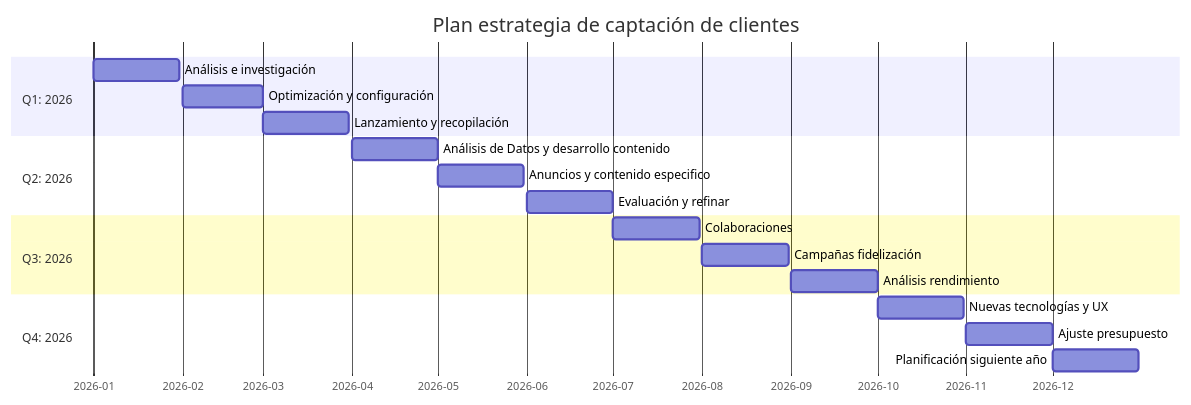
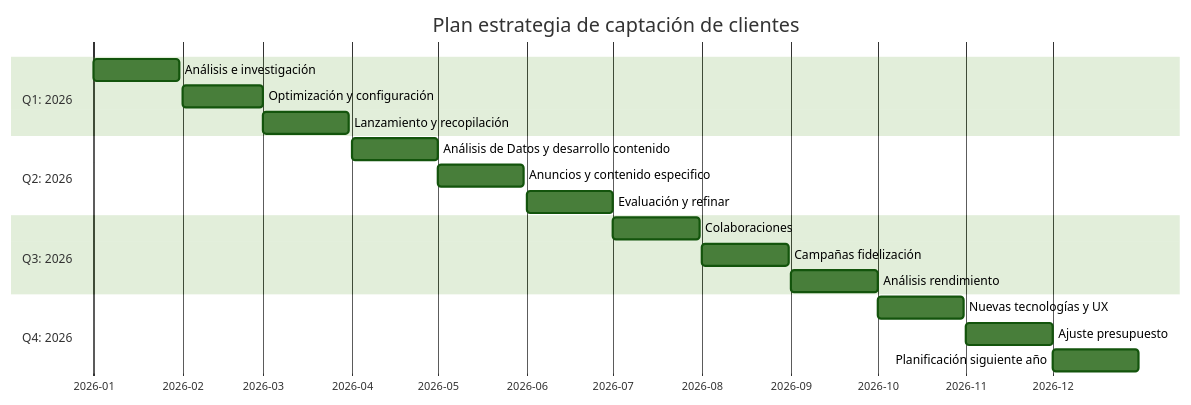
One commit to EOBS-MIDE/EcoSmart changed the diagram in docs/estrategiaCaptacionFidelizacion/estrategiaCaptacion.md. Above: the diagram before and after it, drawn with Mermaid.

Commit message:
Ajusto diagrama

````diff
--- a/docs/estrategiaCaptacionFidelizacion/estrategiaCaptacion.md
+++ b/docs/estrategiaCaptacionFidelizacion/estrategiaCaptacion.md
@@ -10,31 +10,27 @@
 ```mermaid
 ---
 config:
-  theme: default
+  theme: forest
 ---
 gantt
     title Plan estrategia de captación de clientes
     dateFormat  YYYY-MM-DD
     axisFormat %Y-%m
 
     section Q1: 2026
         Análisis e investigación : a1, 2026-01-01, 30d
         Optimización y configuración : a2, 2026-02-01, 28d
         Lanzamiento y recopilación : a3, 2026-03-01, 30d
     section Q2: 2026 
         Análisis de Datos y desarrollo contenido : a4, 2026-04-01, 30d
         Anuncios y contenido especifico : a5, 2026-05-01, 30d
         Evaluación y refinar : a6, 2026-06-01, 30d
     section Q3: 2026 
         Colaboraciones : a7, 2026-07-01, 30d
         Campañas fidelización : a8, 2026-08-01, 30d
         Análisis rendimiento : a9, 2026-09-01, 30d
     section Q4: 2026 
         Nuevas tecnologías y UX : a10, 2026-10-01, 30d
         Ajuste presupuesto : a11, 2026-11-01, 30d
         Planificación siguiente año : a12, 2026-12-01, 30d
-
-
-
-        
 ```
````
